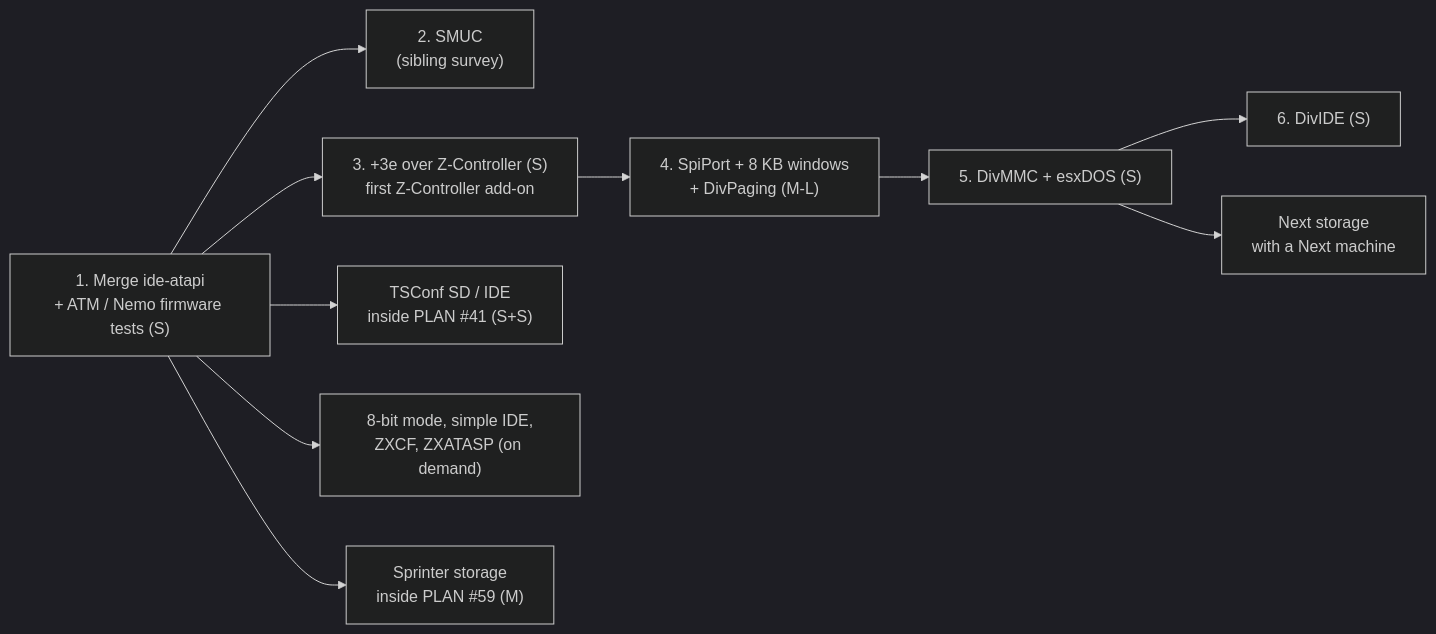
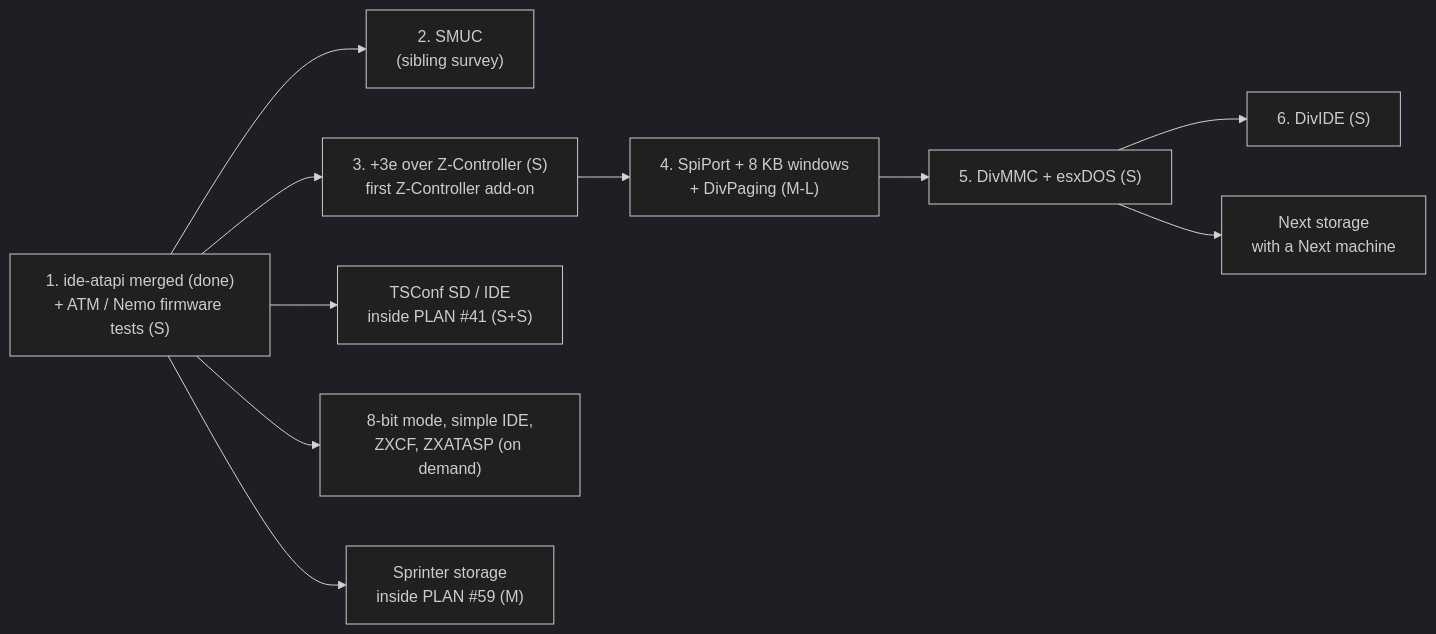
Before and after one commit to alfishe/unreal-ng: the diagram in docs/inprogress/2026-09-28-storage-controllers-survey/README.md, drawn with Mermaid (dark theme). The commit also changed other lines of this file and 37 other files, not shown here.

````diff
--- a/docs/inprogress/2026-09-28-storage-controllers-survey/README.md
+++ b/docs/inprogress/2026-09-28-storage-controllers-survey/README.md
@@ -57,12 +57,12 @@
 ```mermaid
 flowchart LR
-    A["1. Merge ide-atapi<br/>+ ATM / Nemo firmware tests (S)"] --> B["2. SMUC<br/>(sibling survey)"]
+    A["1. ide-atapi merged (done)<br/>+ ATM / Nemo firmware tests (S)"] --> B["2. SMUC<br/>(sibling survey)"]
     A --> C["3. +3e over Z-Controller (S)<br/>first Z-Controller add-on"]
     C --> D["4. SpiPort + 8 KB windows<br/>+ DivPaging (M-L)"]
     D --> E["5. DivMMC + esxDOS (S)"]
     E --> F["6. DivIDE (S)"]
     A --> G["TSConf SD / IDE<br/>inside PLAN #41 (S+S)"]
     A --> H["8-bit mode, simple IDE,<br/>ZXCF, ZXATASP (on demand)"]
     A --> I["Sprinter storage<br/>inside PLAN #59 (M)"]
     E --> J["Next storage<br/>with a Next machine"]
 ```
````
